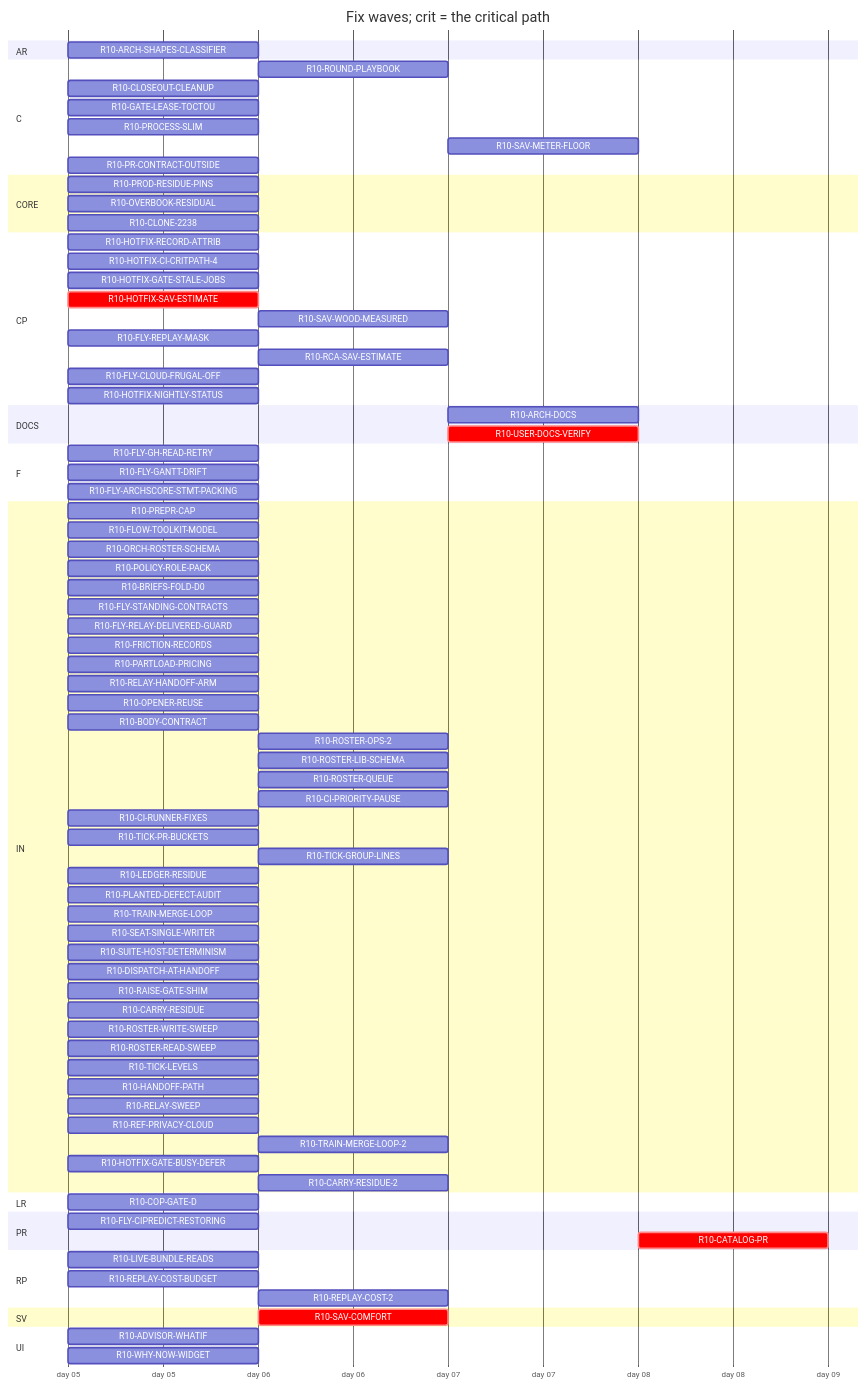
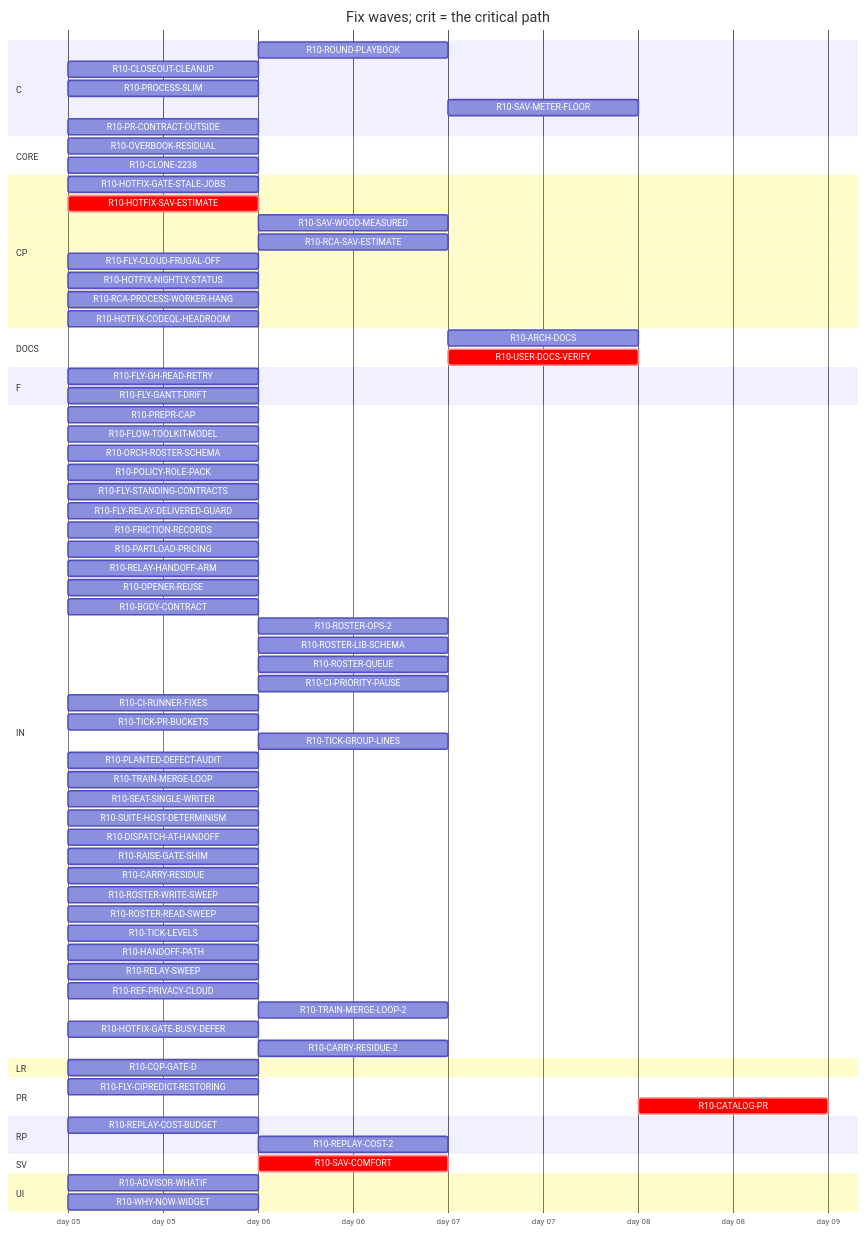
The diagram in handoff/round10/state/PLAN-TABLE.md (tvofi/heatpump_optimizer), drawn with Mermaid before and after one commit. The commit also changed other lines of this file and 4 other files, not shown here.

Commit message:
state: FLOW-BOARD.md, NEXT-SESSION-PROMPT.md, PLAN-TABLE.md, PLAN.html, RESUME-CURRENT.md regenerated (state_docs.py)

```diff
--- a/handoff/round10/state/PLAN-TABLE.md
+++ b/handoff/round10/state/PLAN-TABLE.md
@@ -27,42 +26,35 @@
   title Fix waves; crit = the critical path
   dateFormat YYYY-MM-DD
   axisFormat day %d
-  section AR
-    R10-ARCH-SHAPES-CLASSIFIER :r10ARCHSHAPESCLASSIFIER, 2026-01-05, 1d
   section C
-    R10-ROUND-PLAYBOOK :r10ROUNDPLAYBOOK, after r10PREPRCAP r10HANDOFFPATH r10RELAYSWEEP r10TRAINMERGELOOP r10DISPATCHATHANDOFF r10BODYCONTRACT r10TICKLEVELS r10CIPRIORITYPAUSE r10ROSTERWRITESWEEP r10ROSTERREADSWEEP r10FLYSTANDINGCONTRACTS r10POLICYROLEPACK r10FRICTIONRECORDS r10FLOWTOOLKITMODEL r10LEDGERRESIDUE r10CIRUNNERFIXES r10FLYCIPREDICTRESTORING r10RAISEGATESHIM r10PLANTEDDEFECTAUDIT r10FLYGHREADRETRY r10SUITEHOSTDETERMINISM, 1d
+    R10-ROUND-PLAYBOOK :r10ROUNDPLAYBOOK, after r10PREPRCAP r10HANDOFFPATH r10RELAYSWEEP r10TRAINMERGELOOP r10DISPATCHATHANDOFF r10BODYCONTRACT r10TICKLEVELS r10CIPRIORITYPAUSE r10ROSTERWRITESWEEP r10ROSTERREADSWEEP r10FLYSTANDINGCONTRACTS r10POLICYROLEPACK r10FRICTIONRECORDS r10FLOWTOOLKITMODEL r10CIRUNNERFIXES r10FLYCIPREDICTRESTORING r10RAISEGATESHIM r10PLANTEDDEFECTAUDIT r10FLYGHREADRETRY r10SUITEHOSTDETERMINISM, 1d
     R10-CLOSEOUT-CLEANUP :r10CLOSEOUTCLEANUP, 2026-01-05, 1d
-    R10-GATE-LEASE-TOCTOU :r10GATELEASETOCTOU, 2026-01-05, 1d
     R10-PROCESS-SLIM :r10PROCESSSLIM, 2026-01-05, 1d
     R10-SAV-METER-FLOOR :r10SAVMETERFLOOR, after r10HOTFIXSAVESTIMATE r10SAVCOMFORT, 1d
     R10-PR-CONTRACT-OUTSIDE :r10PRCONTRACTOUTSIDE, 2026-01-05, 1d
   section CORE
-    R10-PROD-RESIDUE-PINS :r10PRODRESIDUEPINS, 2026-01-05, 1d
     R10-OVERBOOK-RESIDUAL :r10OVERBOOKRESIDUAL, 2026-01-05, 1d
     R10-CLONE-2238 :r10CLONE2238, 2026-01-05, 1d
   section CP
-    R10-HOTFIX-RECORD-ATTRIB :r10HOTFIXRECORDATTRIB, 2026-01-05, 1d
-    R10-HOTFIX-CI-CRITPATH-4 :r10HOTFIXCICRITPATH4, 2026-01-05, 1d
     R10-HOTFIX-GATE-STALE-JOBS :r10HOTFIXGATESTALEJOBS, 2026-01-05, 1d
     R10-HOTFIX-SAV-ESTIMATE :crit, r10HOTFIXSAVESTIMATE, 2026-01-05, 1d
     R10-SAV-WOOD-MEASURED :r10SAVWOODMEASURED, after r10HOTFIXSAVESTIMATE, 1d
-    R10-FLY-REPLAY-MASK :r10FLYREPLAYMASK, 2026-01-05, 1d
     R10-RCA-SAV-ESTIMATE :r10RCASAVESTIMATE, after r10HOTFIXSAVESTIMATE, 1d
     R10-FLY-CLOUD-FRUGAL-OFF :r10FLYCLOUDFRUGALOFF, 2026-01-05, 1d
     R10-HOTFIX-NIGHTLY-STATUS :r10HOTFIXNIGHTLYSTATUS, 2026-01-05, 1d
+    R10-RCA-PROCESS-WORKER-HANG :r10RCAPROCESSWORKERHANG, 2026-01-05, 1d
+    R10-HOTFIX-CODEQL-HEADROOM :r10HOTFIXCODEQLHEADROOM, 2026-01-05, 1d
   section DOCS
-    R10-ARCH-DOCS :r10ARCHDOCS, after r10CARRYRESIDUE r10OVERBOOKRESIDUAL r10CLONE2238 r10SAVCOMFORT r10COPGATED r10WHYNOWWIDGET r10PARTLOADPRICING r10ARCHSHAPESCLASSIFIER r10ADVISORWHATIF r10PRODRESIDUEPINS r10LIVEBUNDLEREADS r10REPLAYCOSTBUDGET r10PREPRCAP r10HANDOFFPATH r10RELAYSWEEP r10TRAINMERGELOOP r10DISPATCHATHANDOFF r10BODYCONTRACT r10TICKLEVELS r10CIPRIORITYPAUSE r10ROSTERWRITESWEEP r10ROSTERREADSWEEP r10FLYSTANDINGCONTRACTS r10POLICYROLEPACK r10FRICTIONRECORDS r10FLOWTOOLKITMODEL r10LEDGERRESIDUE r10CIRUNNERFIXES r10FLYCIPREDICTRESTORING r10RAISEGATESHIM r10PLANTEDDEFECTAUDIT r10FLYGHREADRETRY r10SUITEHOSTDETERMINISM, 1d
-    R10-USER-DOCS-VERIFY :crit, r10USERDOCSVERIFY, after r10CARRYRESIDUE r10OVERBOOKRESIDUAL r10CLONE2238 r10SAVCOMFORT r10COPGATED r10WHYNOWWIDGET r10PARTLOADPRICING r10ARCHSHAPESCLASSIFIER r10ADVISORWHATIF r10PRODRESIDUEPINS r10LIVEBUNDLEREADS r10REPLAYCOSTBUDGET, 1d
+    R10-ARCH-DOCS :r10ARCHDOCS, after r10CARRYRESIDUE r10OVERBOOKRESIDUAL r10CLONE2238 r10SAVCOMFORT r10COPGATED r10WHYNOWWIDGET r10PARTLOADPRICING r10ADVISORWHATIF r10REPLAYCOSTBUDGET r10PREPRCAP r10HANDOFFPATH r10RELAYSWEEP r10TRAINMERGELOOP r10DISPATCHATHANDOFF r10BODYCONTRACT r10TICKLEVELS r10CIPRIORITYPAUSE r10ROSTERWRITESWEEP r10ROSTERREADSWEEP r10FLYSTANDINGCONTRACTS r10POLICYROLEPACK r10FRICTIONRECORDS r10FLOWTOOLKITMODEL r10CIRUNNERFIXES r10FLYCIPREDICTRESTORING r10RAISEGATESHIM r10PLANTEDDEFECTAUDIT r10FLYGHREADRETRY r10SUITEHOSTDETERMINISM, 1d
+    R10-USER-DOCS-VERIFY :crit, r10USERDOCSVERIFY, after r10CARRYRESIDUE r10OVERBOOKRESIDUAL r10CLONE2238 r10SAVCOMFORT r10COPGATED r10WHYNOWWIDGET r10PARTLOADPRICING r10ADVISORWHATIF r10REPLAYCOSTBUDGET, 1d
   section F
     R10-FLY-GH-READ-RETRY :r10FLYGHREADRETRY, 2026-01-05, 1d
     R10-FLY-GANTT-DRIFT :r10FLYGANTTDRIFT, 2026-01-05, 1d
-    R10-FLY-ARCHSCORE-STMT-PACKING :r10FLYARCHSCORESTMTPACKING, 2026-01-05, 1d
   section IN
     R10-PREPR-CAP :r10PREPRCAP, 2026-01-05, 1d
     R10-FLOW-TOOLKIT-MODEL :r10FLOWTOOLKITMODEL, 2026-01-05, 1d
     R10-ORCH-ROSTER-SCHEMA :r10ORCHROSTERSCHEMA, 2026-01-05, 1d
     R10-POLICY-ROLE-PACK :r10POLICYROLEPACK, 2026-01-05, 1d
-    R10-BRIEFS-FOLD-D0 :r10BRIEFSFOLDD0, 2026-01-05, 1d
     R10-FLY-STANDING-CONTRACTS :r10FLYSTANDINGCONTRACTS, 2026-01-05, 1d
     R10-FLY-RELAY-DELIVERED-GUARD :r10FLYRELAYDELIVEREDGUARD, 2026-01-05, 1d
     R10-FRICTION-RECORDS :r10FRICTIONRECORDS, 2026-01-05, 1d
@@ -77,7 +69,6 @@
     R10-CI-RUNNER-FIXES :r10CIRUNNERFIXES, 2026-01-05, 1d
     R10-TICK-PR-BUCKETS :r10TICKPRBUCKETS, 2026-01-05, 1d
     R10-TICK-GROUP-LINES :r10TICKGROUPLINES, after r10ORCHROSTERSCHEMA, 1d
-    R10-LEDGER-RESIDUE :r10LEDGERRESIDUE, 2026-01-05, 1d
     R10-PLANTED-DEFECT-AUDIT :r10PLANTEDDEFECTAUDIT, 2026-01-05, 1d
     R10-TRAIN-MERGE-LOOP :r10TRAINMERGELOOP, 2026-01-05, 1d
     R10-SEAT-SINGLE-WRITER :r10SEATSINGLEWRITER, 2026-01-05, 1d
@@ -100,7 +91,6 @@
     R10-FLY-CIPREDICT-RESTORING :r10FLYCIPREDICTRESTORING, 2026-01-05, 1d
     R10-CATALOG-PR :crit, r10CATALOGPR, after r10USERDOCSVERIFY r10ARCHDOCS r10ROUNDPLAYBOOK r10CLOSEOUTCLEANUP, 1d
   section RP
-    R10-LIVE-BUNDLE-READS :r10LIVEBUNDLEREADS, 2026-01-05, 1d
     R10-REPLAY-COST-BUDGET :r10REPLAYCOSTBUDGET, 2026-01-05, 1d
     R10-REPLAY-COST-2 :r10REPLAYCOST2, after r10REPLAYCOSTBUDGET, 1d
   section SV
```
